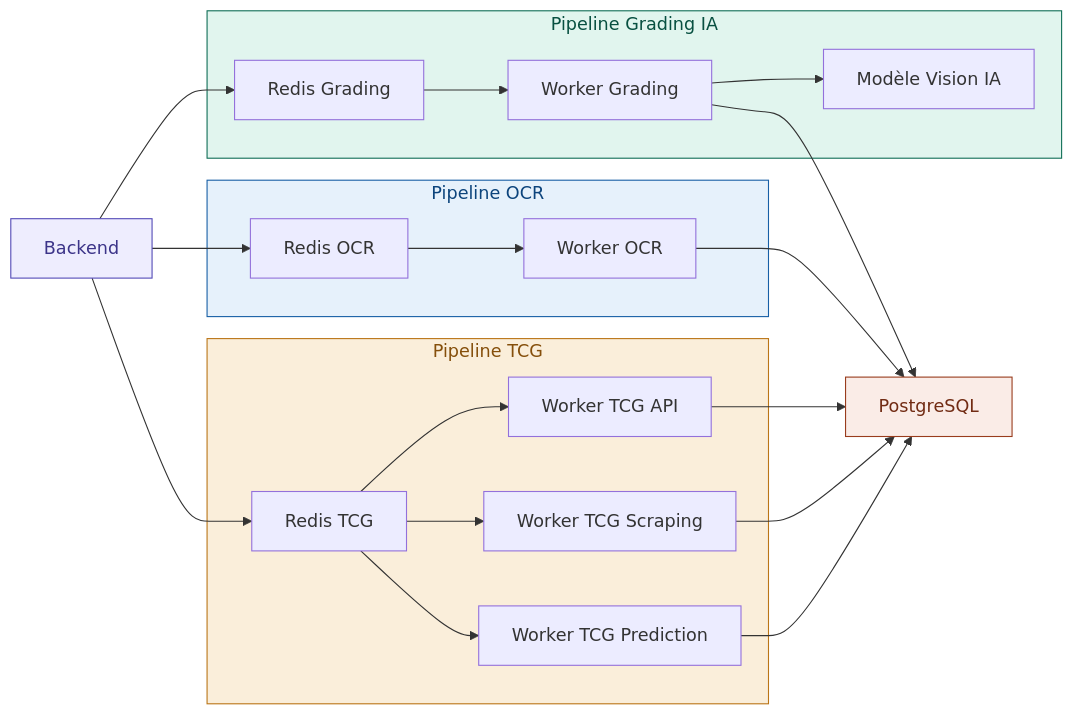
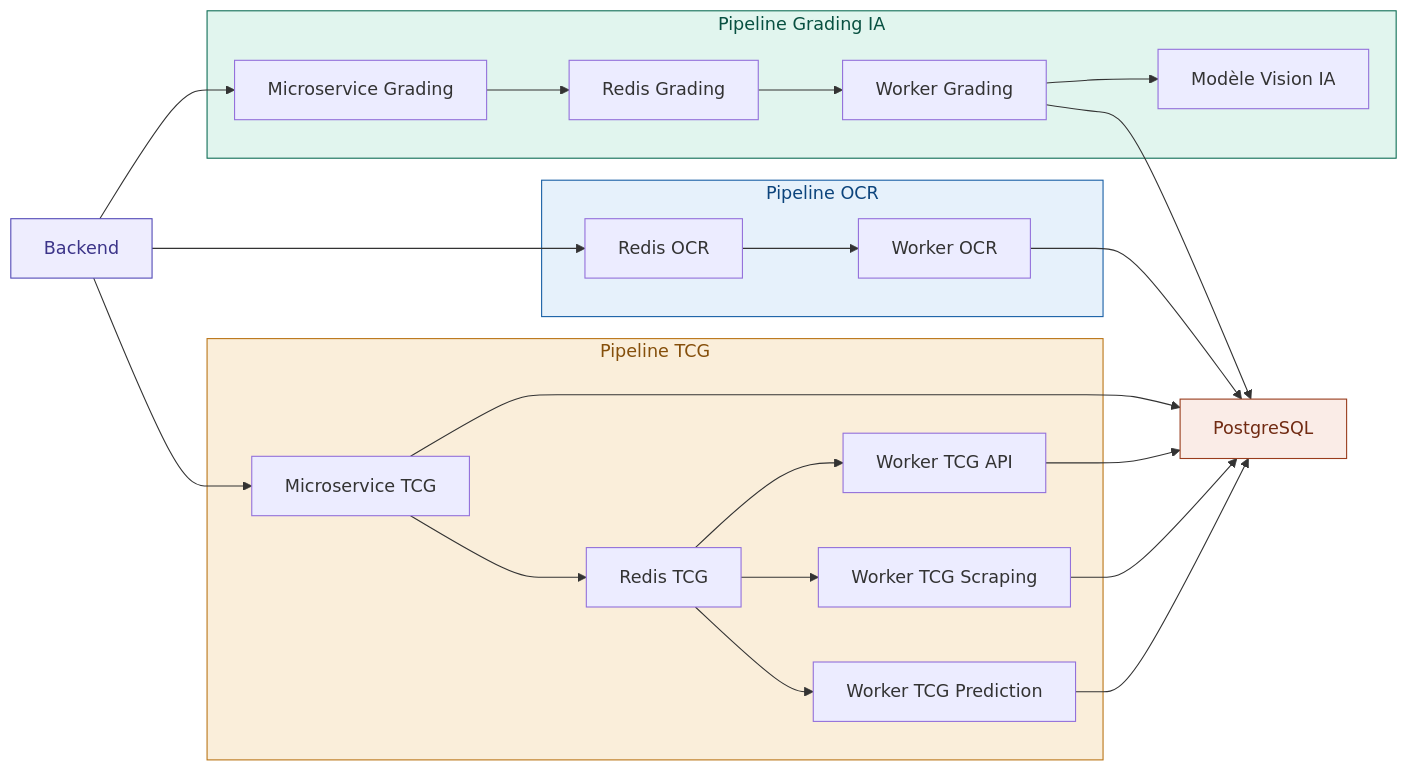
The fifth of 7 diagrams in docs/architecture/A03-architecture-runtime.md (Collectionr/collectionr_epitech), drawn with Mermaid before and after one commit. The commit also changed other lines of this file and 3 other files, not shown here.

Commit message:
fix: corrections-documentation-architectures

````diff
--- a/docs/architecture/A03-architecture-runtime.md
+++ b/docs/architecture/A03-architecture-runtime.md
@@ -293,32 +298,35 @@
 ```mermaid
 graph LR
     subgraph ocr["Pipeline OCR"]
         ROCR["Redis OCR"] --> WOCR["Worker OCR"]
     end
 
     subgraph tcg["Pipeline TCG"]
-        RTCG["Redis TCG"] --> WTCGAPI["Worker TCG API"]
+        MICROTCG["Microservice TCG"] --> RTCG["Redis TCG"]
+        RTCG --> WTCGAPI["Worker TCG API"]
         RTCG --> WTCGSCRAPING["Worker TCG Scraping"]
         RTCG --> WTCGPRED["Worker TCG Prediction"]
     end
 
     subgraph grading["Pipeline Grading IA"]
-        RGRADING["Redis Grading"] --> WGRADING["Worker Grading"]
+        MICROGRADING["Microservice Grading"] --> RGRADING["Redis Grading"]
+        RGRADING --> WGRADING["Worker Grading"]
         WGRADING --> MODELE["Modèle Vision IA"]
     end
 
     Backend["Backend"] --> ROCR
-    Backend --> RTCG
-    Backend --> RGRADING
+    Backend --> MICROTCG
+    Backend --> MICROGRADING
     WOCR --> PG["PostgreSQL"]
+    MICROTCG --> PG
     WTCGAPI --> PG
     WTCGSCRAPING --> PG
     WTCGPRED --> PG
     WGRADING --> PG
 
     style ocr fill:#E6F1FB,stroke:#185FA5,color:#0C447C
     style tcg fill:#FAEEDA,stroke:#BA7517,color:#854F0B
     style grading fill:#E1F5EE,stroke:#0F6E56,color:#085041
     style Backend fill:#EEEDFE,stroke:#534AB7,color:#3C3489
     style PG fill:#FAECE7,stroke:#993C1D,color:#712B13
 ```
````
